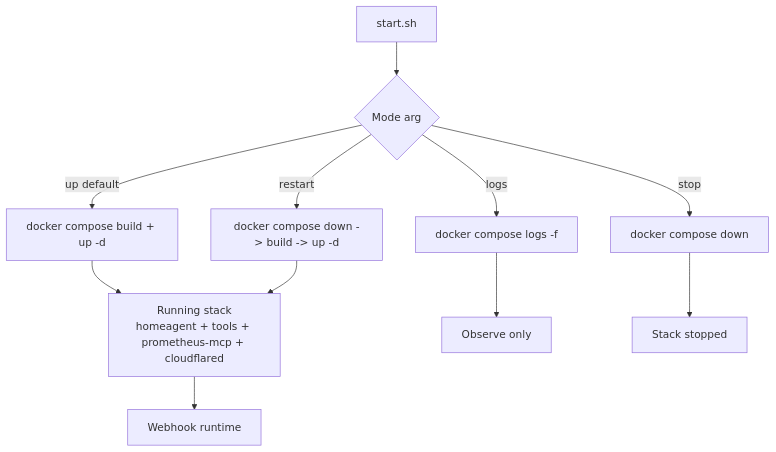
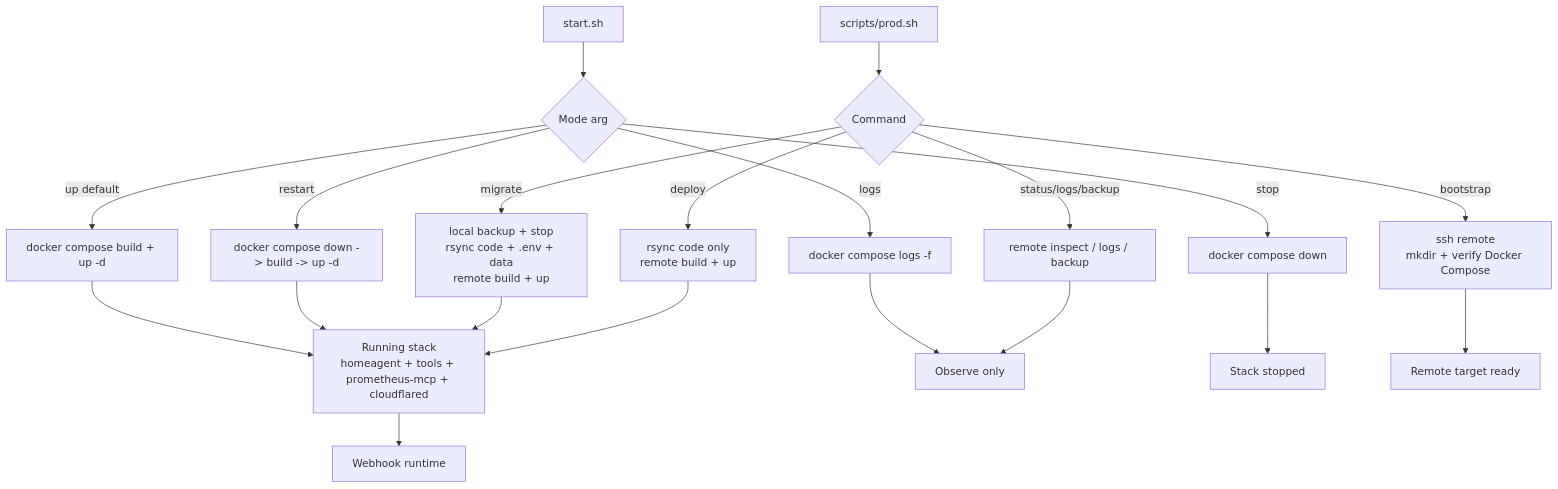
The fourth of 6 diagrams in docs/architecture-diagrams.md (ksvan/homeAgent), drawn with Mermaid before and after one commit. The commit also changed other lines of this file and 14 other files, not shown here.

````diff
--- a/docs/architecture-diagrams.md
+++ b/docs/architecture-diagrams.md
@@ -231,17 +277,26 @@
 ```mermaid
 flowchart TB
-    SH[start.sh] --> MODE{Mode arg}
+    LOCAL[start.sh] --> MODE{Mode arg}
+    PROD[scripts/prod.sh] --> PMODE{Command}
 
     MODE -->|up default| UP["docker compose build + up -d"]
     MODE -->|logs| LOGS["docker compose logs -f"]
     MODE -->|stop| STOP["docker compose down"]
     MODE -->|restart| RESTART["docker compose down -> build -> up -d"]
 
+    PMODE -->|bootstrap| BOOT["ssh remote<br>mkdir + verify Docker Compose"]
+    PMODE -->|migrate| MIGRATE["local backup + stop<br>rsync code + .env + data<br>remote build + up"]
+    PMODE -->|deploy| DEPLOY["rsync code only<br>remote build + up"]
+    PMODE -->|status/logs/backup| OPS["remote inspect / logs / backup"]
+
     UP --> STACK[Running stack<br>homeagent + tools + prometheus-mcp + cloudflared]
     RESTART --> STACK
+    MIGRATE --> STACK
+    DEPLOY --> STACK
 
     STACK --> RUNTIME[Webhook runtime]
-
     LOGS --> OBS[Observe only]
     STOP --> DOWN[Stack stopped]
+    BOOT --> READY[Remote target ready]
+    OPS --> OBS
 ```
````
